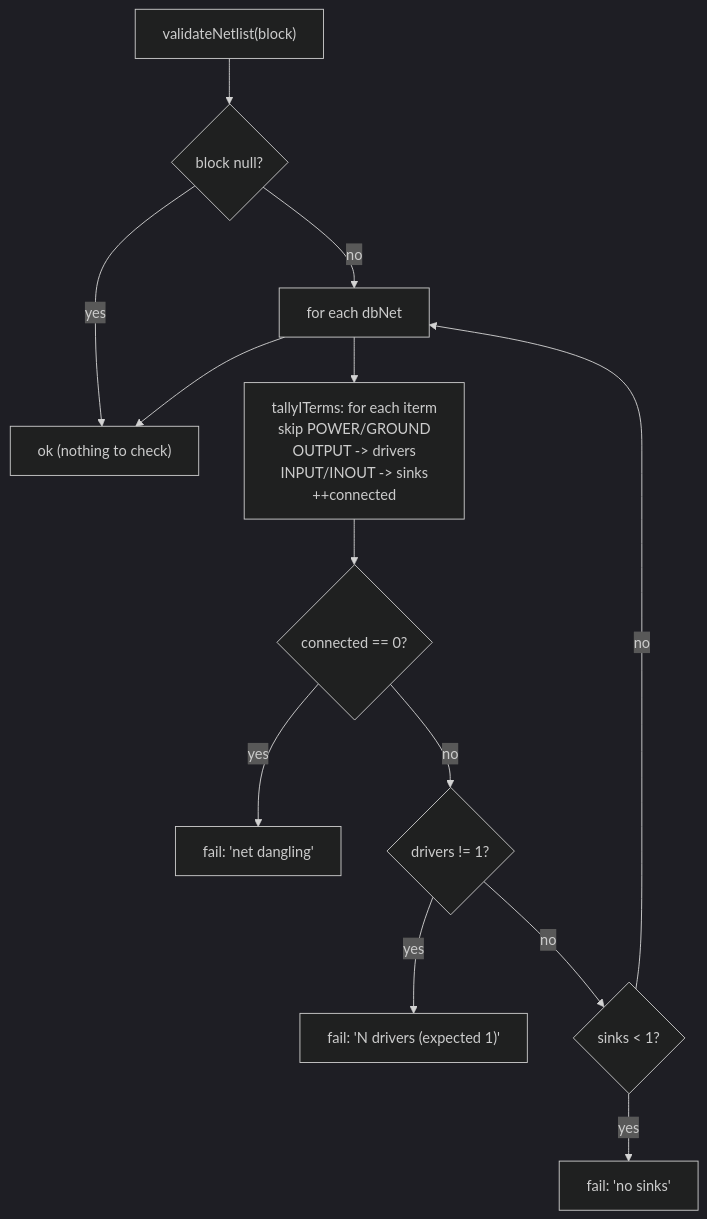
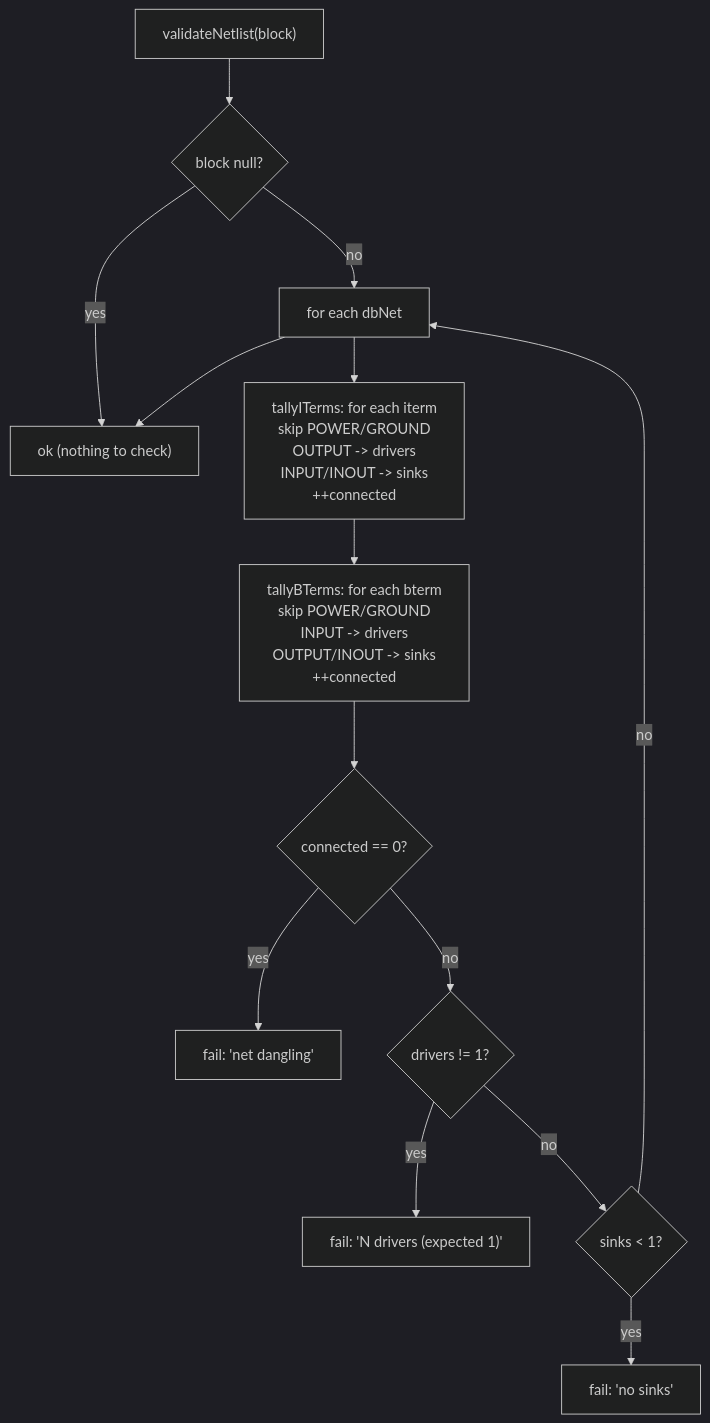
Before and after one commit to rfive88/eda-lab: diagram 13 of 16 in src/engines/netlistgen/FLOW.md, drawn with Mermaid (dark theme). The commit also changed other lines of this file and 12 other files, not shown here.

````diff
--- a/src/engines/netlistgen/FLOW.md
+++ b/src/engines/netlistgen/FLOW.md
@@ -384,15 +469,16 @@
 ```mermaid
 graph TD
   vn["validateNetlist(block)"] --> nul{"block null?"}
   nul -->|yes| okv["ok (nothing to check)"]
   nul -->|no| loop["for each dbNet"]
   loop --> tally["tallyITerms: for each iterm<br/>skip POWER/GROUND<br/>OUTPUT -> drivers<br/>INPUT/INOUT -> sinks<br/>++connected"]
-  tally --> c0{"connected == 0?"}
+  tally --> tallyb["tallyBTerms: for each bterm<br/>skip POWER/GROUND<br/>INPUT -> drivers<br/>OUTPUT/INOUT -> sinks<br/>++connected"]
+  tallyb --> c0{"connected == 0?"}
   c0 -->|yes| fdangle["fail: 'net dangling'"]
   c0 -->|no| d1{"drivers != 1?"}
   d1 -->|yes| fdrv["fail: 'N drivers (expected 1)'"]
   d1 -->|no| s1{"sinks < 1?"}
   s1 -->|yes| fsnk["fail: 'no sinks'"]
   s1 -->|no| loop
   loop --> okv
 ```
````
